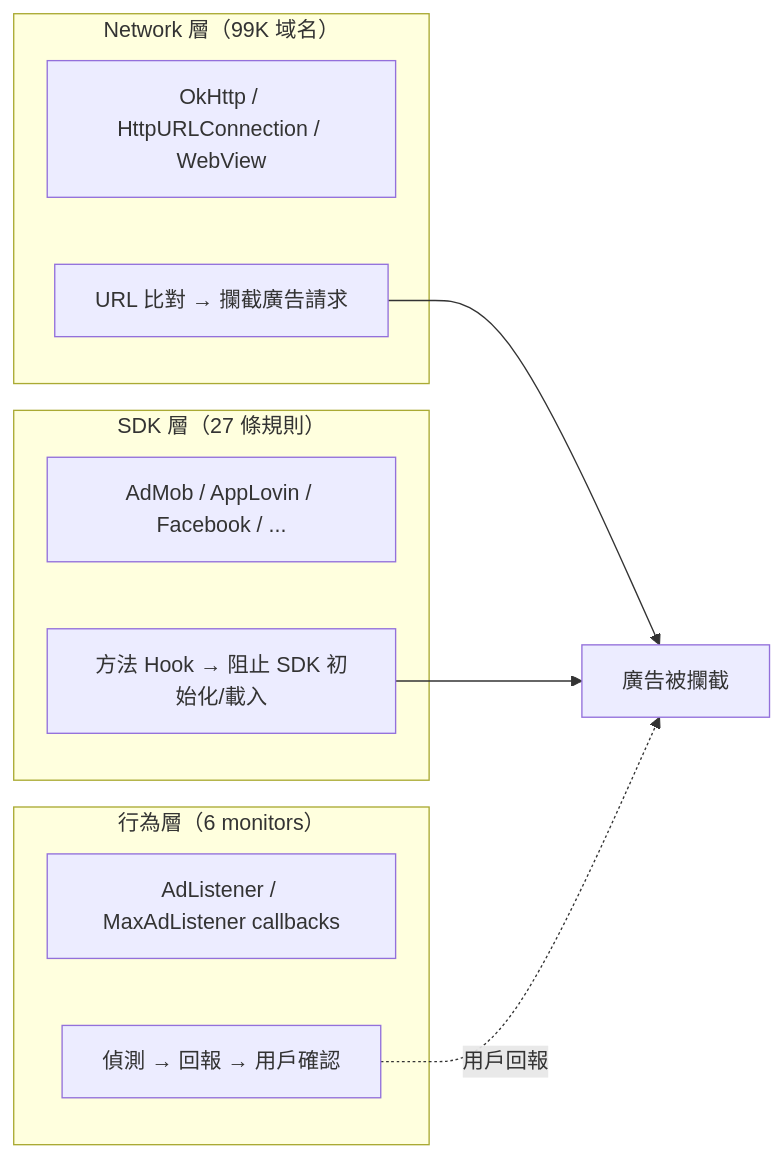
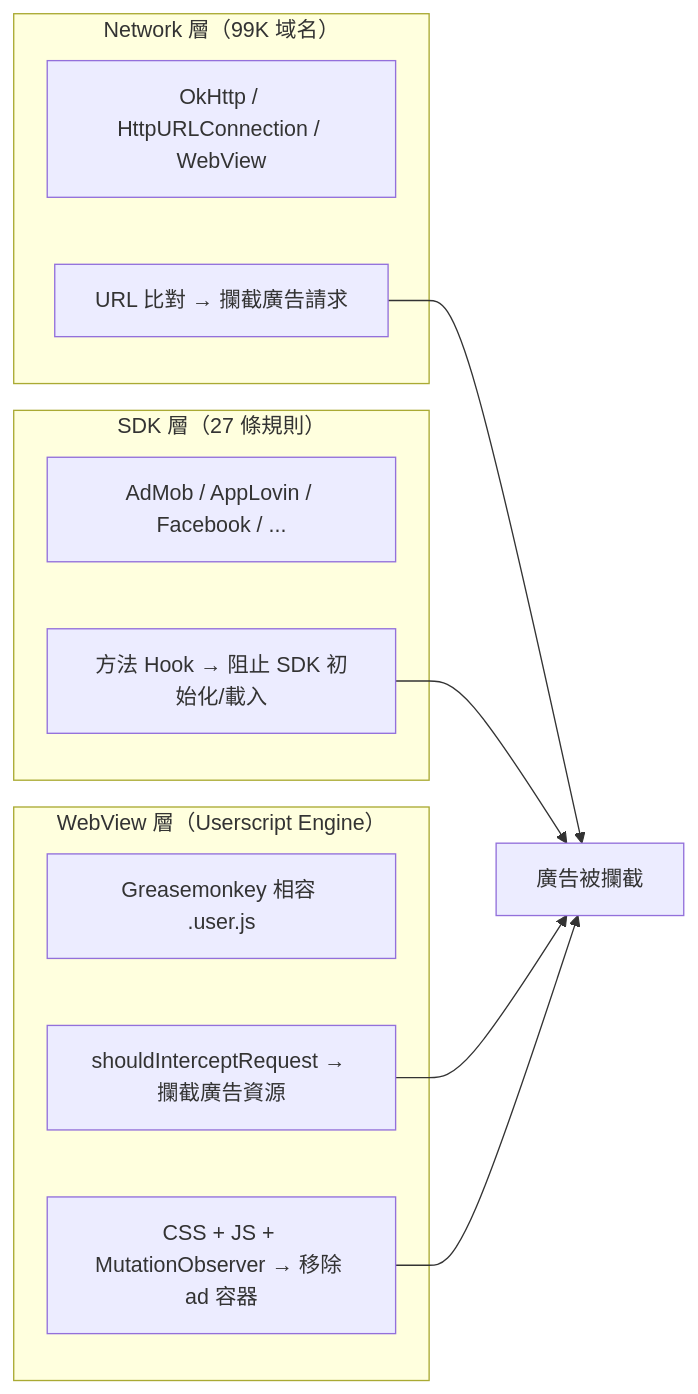
The third of 3 diagrams in README.md (tzyyung/AdSweep), drawn with Mermaid before and after one commit. The commit also changed other lines of this file, not shown here.

Commit message:
Update README: add WebView/Greasemonkey userscript engine to description and features

````diff
--- a/README.md
+++ b/README.md
@@ -144,21 +145,23 @@
 ```mermaid
 graph LR
     subgraph L0["Network 層（99K 域名）"]
         N1["OkHttp / HttpURLConnection / WebView"]
         N2["URL 比對 → 攔截廣告請求"]
     end
 
     subgraph L1["SDK 層（27 條規則）"]
         S1["AdMob / AppLovin / Facebook / ..."]
         S2["方法 Hook → 阻止 SDK 初始化/載入"]
     end
 
-    subgraph L3["行為層（6 monitors）"]
-        B1["AdListener / MaxAdListener callbacks"]
-        B2["偵測 → 回報 → 用戶確認"]
+    subgraph L3["WebView 層（Userscript Engine）"]
+        B1["Greasemonkey 相容 .user.js"]
+        B2["shouldInterceptRequest → 攔截廣告資源"]
+        B3["CSS + JS + MutationObserver → 移除 ad 容器"]
     end
 
     N2 --> R["廣告被攔截"]
     S2 --> R
-    B2 -.->|用戶回報| R
+    B2 --> R
+    B3 --> R
 ```
````
